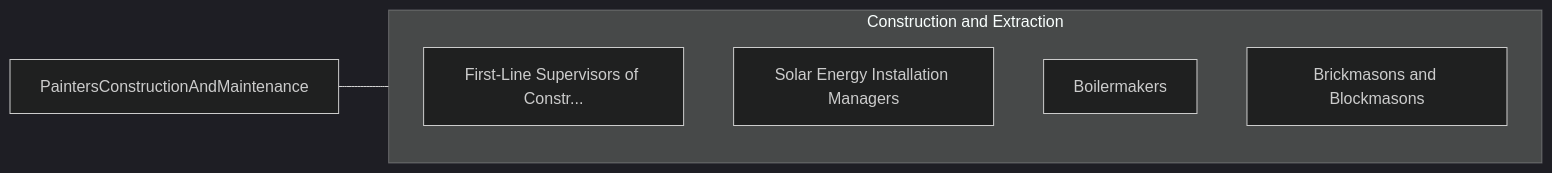
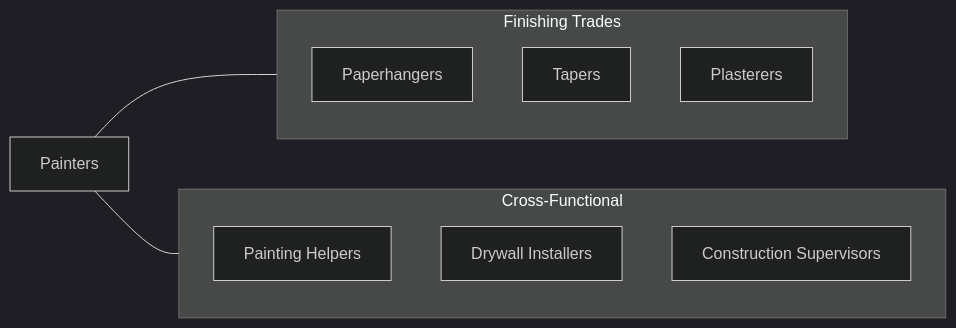
One commit to kziemski/business.org.ai changed the fourth of 4 diagrams in occupations/Construction/PaintersConstructionAndMaintenance.mdx. Above: the diagram before and after it, drawn with Mermaid (dark theme). The commit also changed other lines of this file and 938 other files, not shown here.

````diff
--- a/occupations/Construction/PaintersConstructionAndMaintenance.mdx
+++ b/occupations/Construction/PaintersConstructionAndMaintenance.mdx
@@ -116,13 +221,16 @@
 ```mermaid
 graph LR
-    Current["PaintersConstructionAndMaintenance"]
-
-    subgraph SameCategory["Construction and Extraction"]
-        FirstLineSupervisors["First-Line Supervisors of Constr..."]
-        SolarEnergyInstallat["Solar Energy Installation Managers"]
-        Boilermakers["Boilermakers"]
-        BrickmasonsAndBlockm["Brickmasons and Blockmasons"]
+    Current["Painters"]
+    subgraph SameCategory["Finishing Trades"]
+        Paper["Paperhangers"]
+        Taper["Tapers"]
+        Plasterer["Plasterers"]
     end
-
+    subgraph CrossFunctional["Cross-Functional"]
+        Helper["Painting Helpers"]
+        Drywall["Drywall Installers"]
+        Super["Construction Supervisors"]
+    end
     Current --- SameCategory
+    Current --- CrossFunctional
 ```
````
